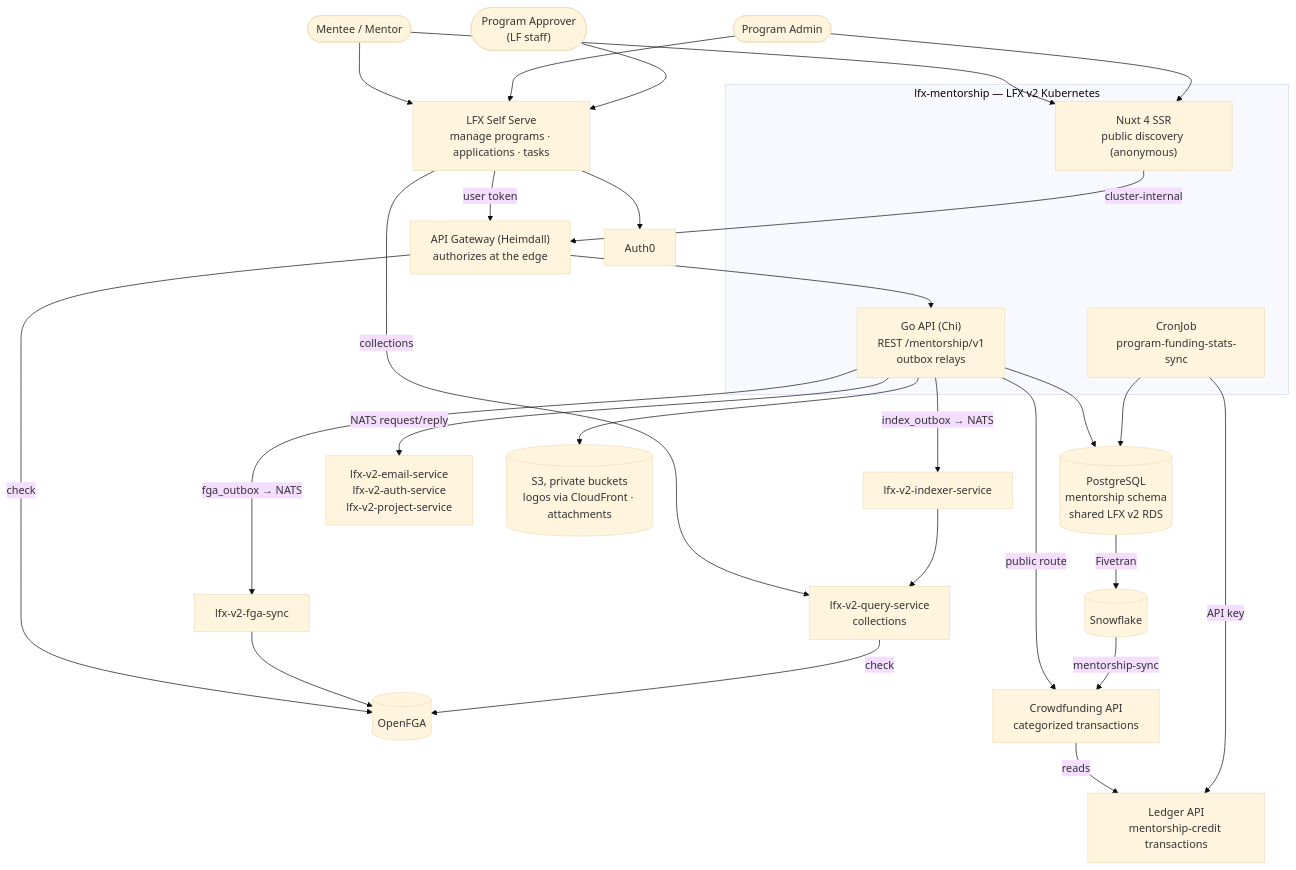
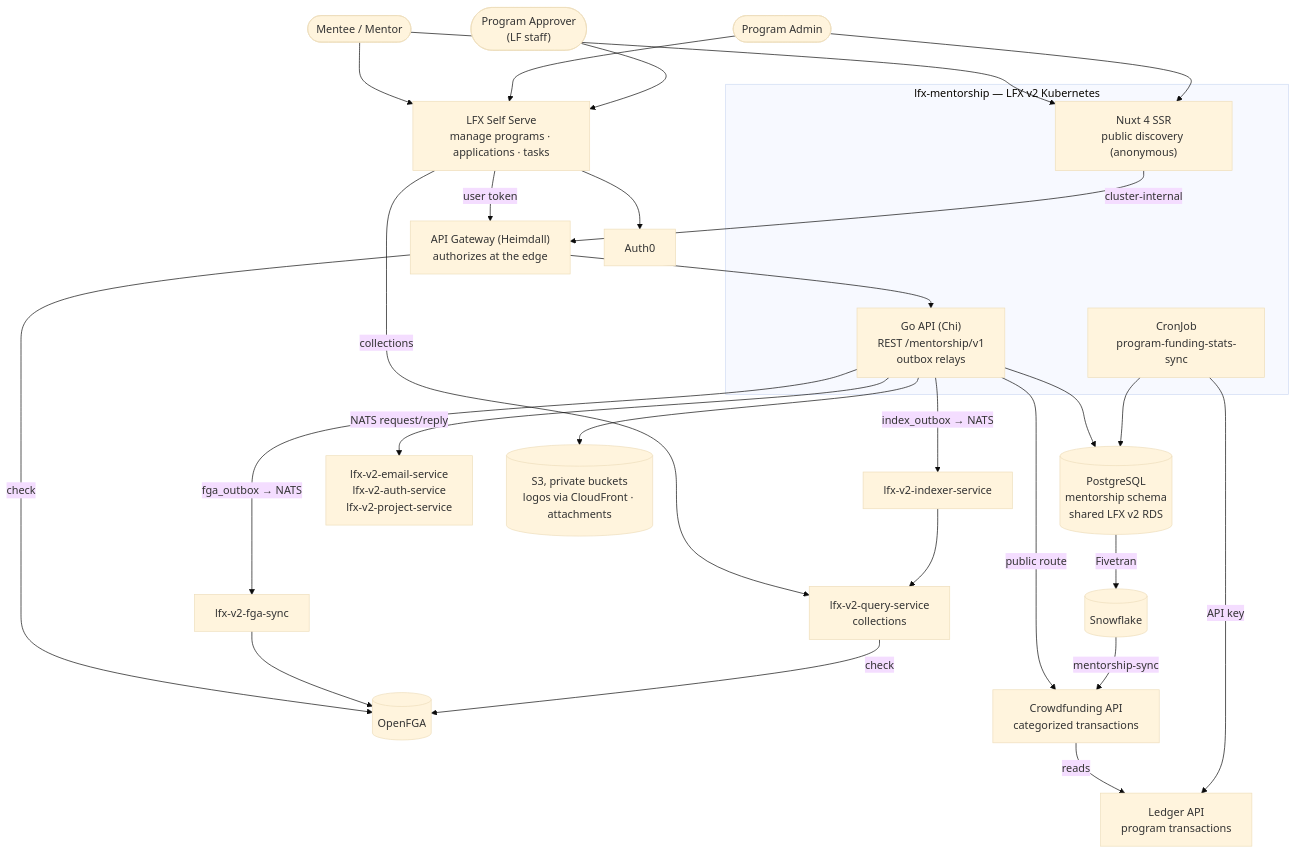
The diagram in ARCHITECTURE.md (linuxfoundation/lfx-mentorship), drawn with Mermaid (base theme) before and after one commit. The commit also changed other lines of this file, not shown here.

First line of the commit message:
docs: reference the invitation design and API reference in ARCHITECTURE.md

````diff
--- a/ARCHITECTURE.md
+++ b/ARCHITECTURE.md
@@ -36,51 +38,51 @@
 ```mermaid
 flowchart TB
     USERS(["Mentee / Mentor"])
     ADMIN(["Program Admin"])
     APPROVER(["Program Approver<br/>(LF staff)"])
 
     HEIMDALL["API Gateway (Heimdall)<br/>authorizes at the edge"]
     FGA[("OpenFGA")]
 
     subgraph K8S["lfx-mentorship — LFX v2 Kubernetes"]
         NUXT["Nuxt 4 SSR<br/>public discovery (anonymous)"]
         API["Go API (Chi)<br/>REST /mentorship/v1<br/>outbox relays"]
         CRON["CronJob<br/>program-funding-stats-sync"]
     end
 
     PG[("PostgreSQL<br/>mentorship schema<br/>shared LFX v2 RDS")]
 
     SS["LFX Self Serve<br/>manage programs · applications · tasks"]
     QS["lfx-v2-query-service<br/>collections"]
     AUTH0["Auth0"]
     FGASYNC["lfx-v2-fga-sync"]
     INDEXER["lfx-v2-indexer-service"]
     NATSRR["lfx-v2-email-service<br/>lfx-v2-auth-service<br/>lfx-v2-project-service"]
-    LEDGER["Ledger API<br/>mentorship-credit transactions"]
+    LEDGER["Ledger API<br/>program transactions"]
     CF["Crowdfunding API<br/>categorized transactions"]
     S3[("S3, private buckets<br/>logos via CloudFront · attachments")]
     SF[("Snowflake")]
 
     USERS & ADMIN --> NUXT
     USERS & ADMIN & APPROVER --> SS
     SS --> AUTH0
     NUXT -- "cluster-internal" --> HEIMDALL
     SS -- "user token" --> HEIMDALL
     SS -- "collections" --> QS
     HEIMDALL -- "check" --> FGA
     HEIMDALL --> API
     API --> PG
     API --> S3
     API -- "fga_outbox → NATS" --> FGASYNC
     FGASYNC --> FGA
     API -- "index_outbox → NATS" --> INDEXER
     INDEXER --> QS
     QS -- "check" --> FGA
     API -- "NATS request/reply" --> NATSRR
     API -- "public route" --> CF
     CF -- "reads" --> LEDGER
     CRON -- "API key" --> LEDGER
     CRON --> PG
     PG -- "Fivetran" --> SF
     SF -- "mentorship-sync" --> CF
 ```
````
